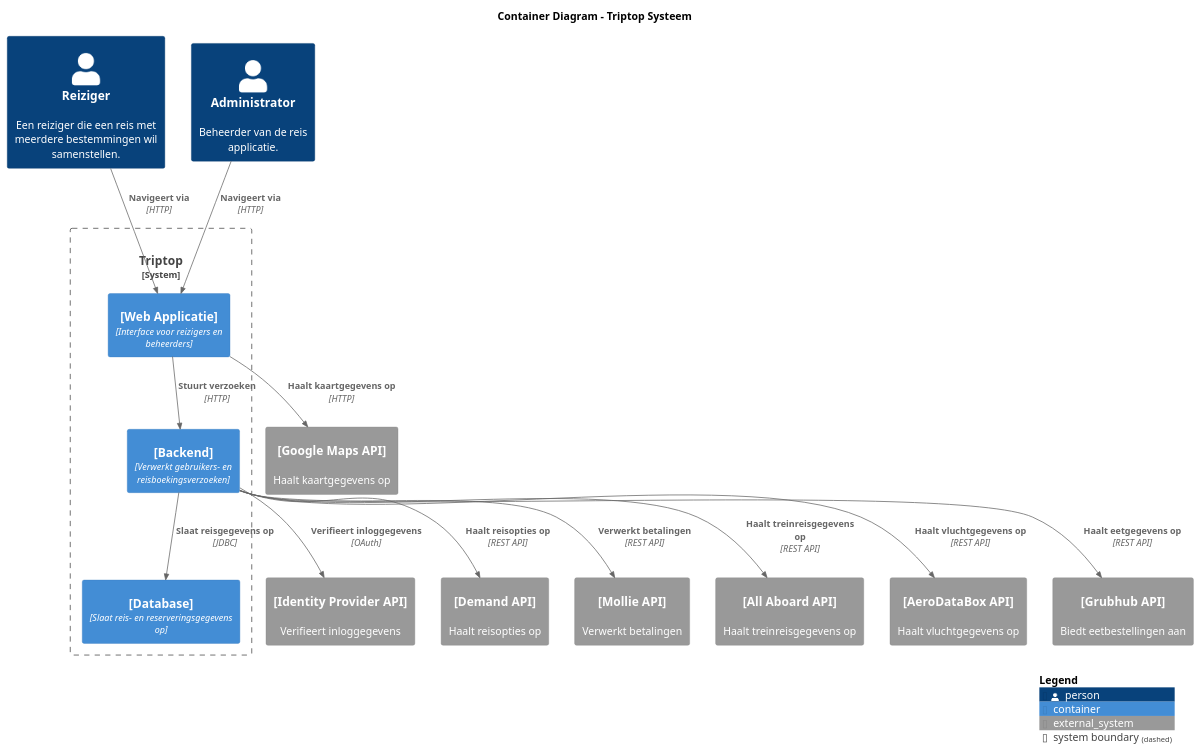
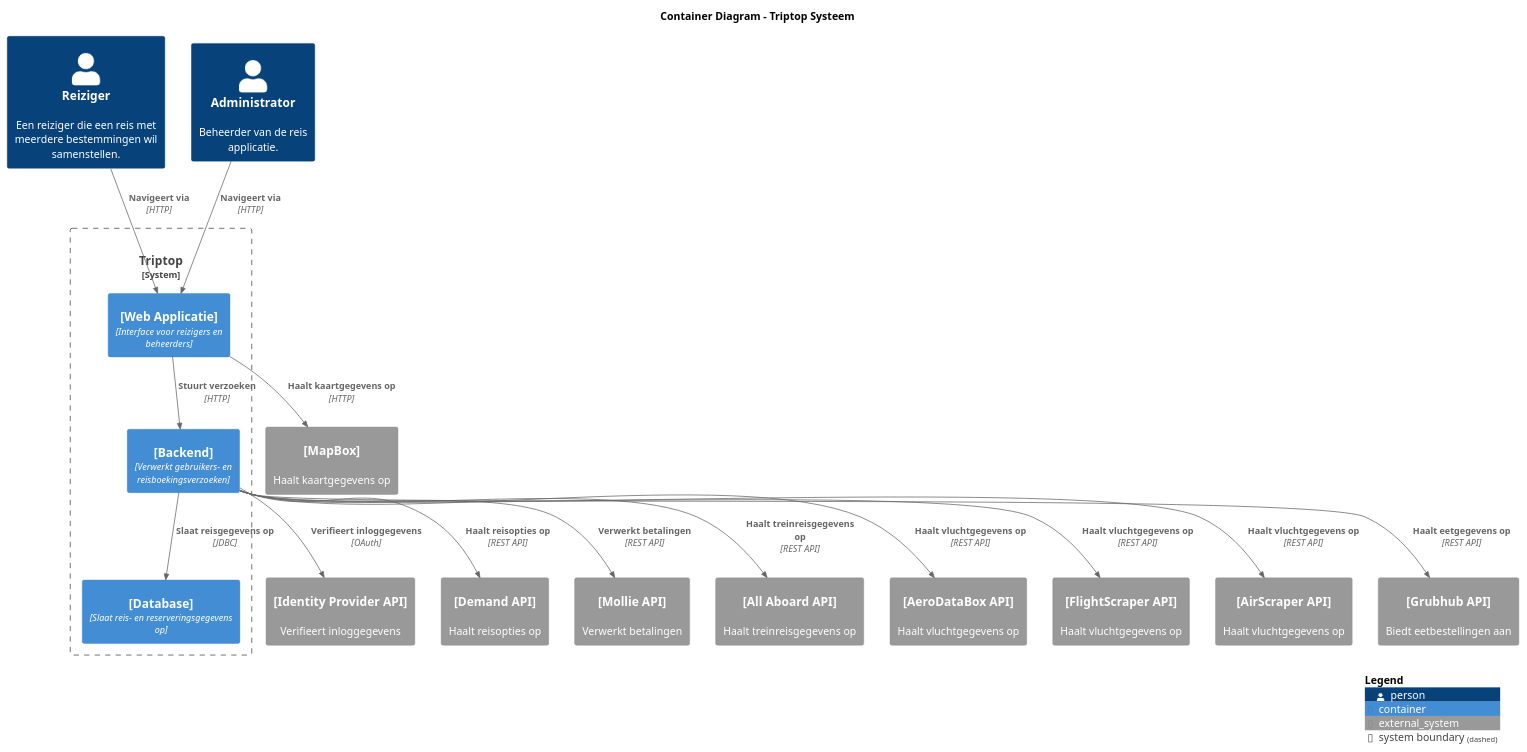
Before and after one commit to AIM-ENE-feb25/triptop-groep-b2: the diagram in container-diagram.puml, drawn with PlantUML. The commit also changed 3 other files, not shown here.

Commit message:
Updated diagrams

```diff
--- a/container-diagram.puml
+++ b/container-diagram.puml
@@ -1,45 +1,49 @@
 @startuml Container_Diagram
 !include https://raw.githubusercontent.com/plantuml-stdlib/C4-PlantUML/master/C4_Container.puml
 
 skinparam {
     rectangle {
         StereotypeFontSize 0
         StereotypeFontColor white
     }
 }
 
 title Container Diagram - Triptop Systeem
 
 Person(traveller, "Reiziger", "Een reiziger die een reis met meerdere bestemmingen wil samenstellen.")
 Person(admin, "Administrator", "Beheerder van de reis applicatie.")
 
 System_Boundary(Triptop, "Triptop", "Systeem voor het samenstellen van reizen.") {
     Container(WebApp, "[Web Applicatie]", "Interface voor reizigers en beheerders")
     Container(Backend, "[Backend]", "Verwerkt gebruikers- en reisboekingsverzoeken")
     Container(Database, "[Database]", "Slaat reis- en reserveringsgegevens op")
 }
 
 System_Ext(IdentityProvider, "[Identity Provider API]", "Verifieert inloggegevens")
 System_Ext(DemandAPI, "[Demand API]", "Haalt reisopties op")
 System_Ext(MollieAPI, "[Mollie API]", "Verwerkt betalingen")
-System_Ext(GoogleMapsAPI, "[Google Maps API]", "Haalt kaartgegevens op")
+System_Ext(MapBoxAPI, "[MapBox]", "Haalt kaartgegevens op")
 System_Ext(AllAboardAPI, "[All Aboard API]", "Haalt treinreisgegevens op")
 System_Ext(AeroDataBoxAPI, "[AeroDataBox API]", "Haalt vluchtgegevens op")
+System_Ext(FlightScraperAPI, "[FlightScraper API]", "Haalt vluchtgegevens op")
+System_Ext(AirScraperAPI, "[AirScraper API]", "Haalt vluchtgegevens op")
 System_Ext(GrubhubAPI, "[Grubhub API]", "Biedt eetbestellingen aan")
 
 Rel(traveller, WebApp, "Navigeert via", "HTTP")
 Rel(admin, WebApp, "Navigeert via", "HTTP")
 
 Rel(WebApp, Backend, "Stuurt verzoeken", "HTTP")
-Rel(WebApp, GoogleMapsAPI, "Haalt kaartgegevens op", "HTTP")
+Rel(WebApp, MapBoxAPI, "Haalt kaartgegevens op", "HTTP")
 
 Rel(Backend, Database, "Slaat reisgegevens op", "JDBC")
 Rel(Backend, IdentityProvider, "Verifieert inloggegevens", "OAuth")
 Rel(Backend, DemandAPI, "Haalt reisopties op", "REST API")
 Rel(Backend, MollieAPI, "Verwerkt betalingen", "REST API")
 Rel(Backend, AllAboardAPI, "Haalt treinreisgegevens op", "REST API")
 Rel(Backend, AeroDataBoxAPI, "Haalt vluchtgegevens op", "REST API")
+Rel(Backend, FlightScraperAPI, "Haalt vluchtgegevens op", "REST API")
+Rel(Backend, AirScraperAPI, "Haalt vluchtgegevens op", "REST API")
 Rel(Backend, GrubhubAPI, "Haalt eetgegevens op", "REST API")
 
 SHOW_LEGEND(TRUE)
 @enduml
```
